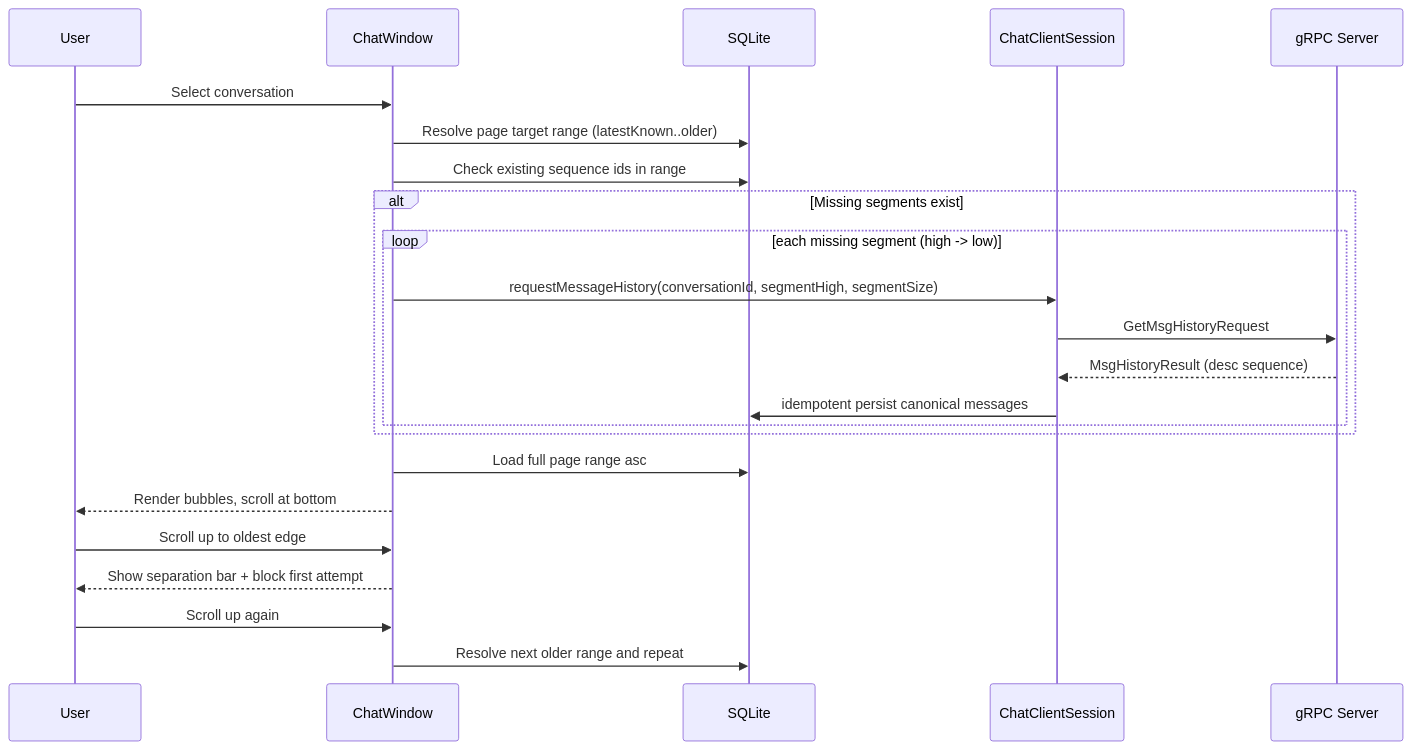
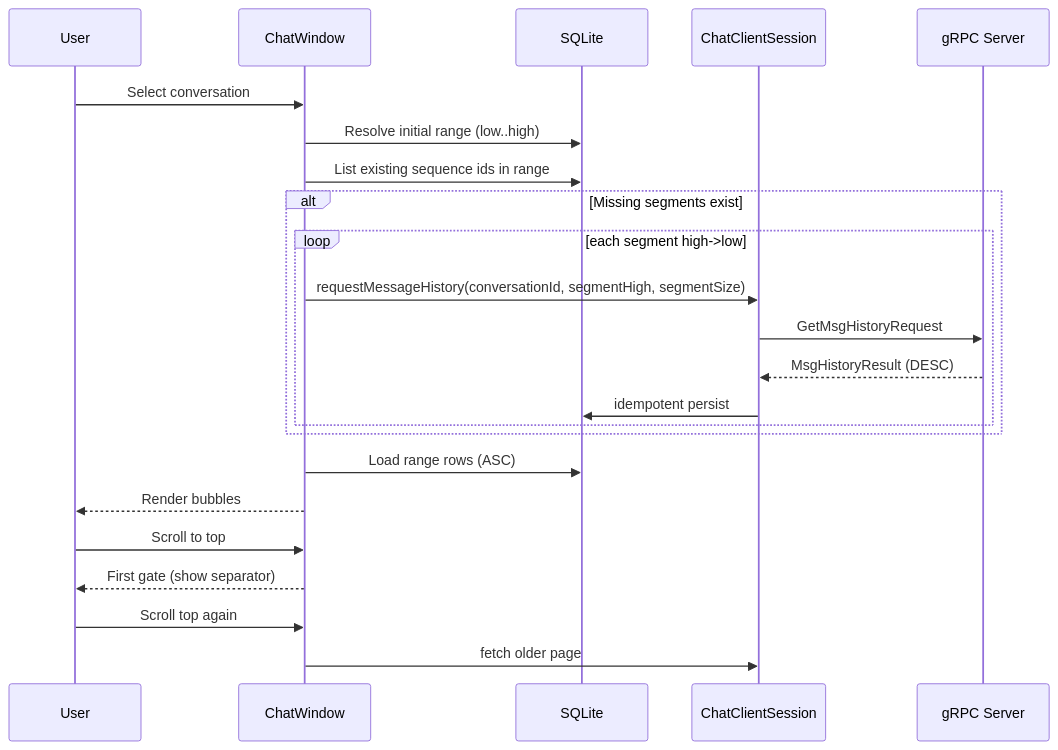
One commit to Matt1204/distributed-messaging-system changed the diagram in specs/conversation_history_frontend_design.md. Above: the diagram before and after it, drawn with Mermaid. The commit also changed other lines of this file and 7 other files, not shown here.

````diff
--- a/specs/conversation_history_frontend_design.md
+++ b/specs/conversation_history_frontend_design.md
@@ -7,26 +18,26 @@
 ```mermaid
 sequenceDiagram
     participant U as User
     participant UI as ChatWindow
     participant DB as SQLite
     participant S as ChatClientSession
     participant G as gRPC Server
 
     U->>UI: Select conversation
-    UI->>DB: Resolve page target range (latestKnown..older)
-    UI->>DB: Check existing sequence ids in range
+    UI->>DB: Resolve initial range (low..high)
+    UI->>DB: List existing sequence ids in range
     alt Missing segments exist
-        loop each missing segment (high -> low)
+        loop each segment high->low
             UI->>S: requestMessageHistory(conversationId, segmentHigh, segmentSize)
             S->>G: GetMsgHistoryRequest
-            G-->>S: MsgHistoryResult (desc sequence)
-            S->>DB: idempotent persist canonical messages
+            G-->>S: MsgHistoryResult (DESC)
+            S->>DB: idempotent persist
         end
     end
-    UI->>DB: Load full page range asc
-    UI-->>U: Render bubbles, scroll at bottom
-    U->>UI: Scroll up to oldest edge
-    UI-->>U: Show separation bar + block first attempt
-    U->>UI: Scroll up again
-    UI->>DB: Resolve next older range and repeat
+    UI->>DB: Load range rows (ASC)
+    UI-->>U: Render bubbles
+    U->>UI: Scroll to top
+    UI-->>U: First gate (show separator)
+    U->>UI: Scroll top again
+    UI->>S: fetch older page
 ```
````
